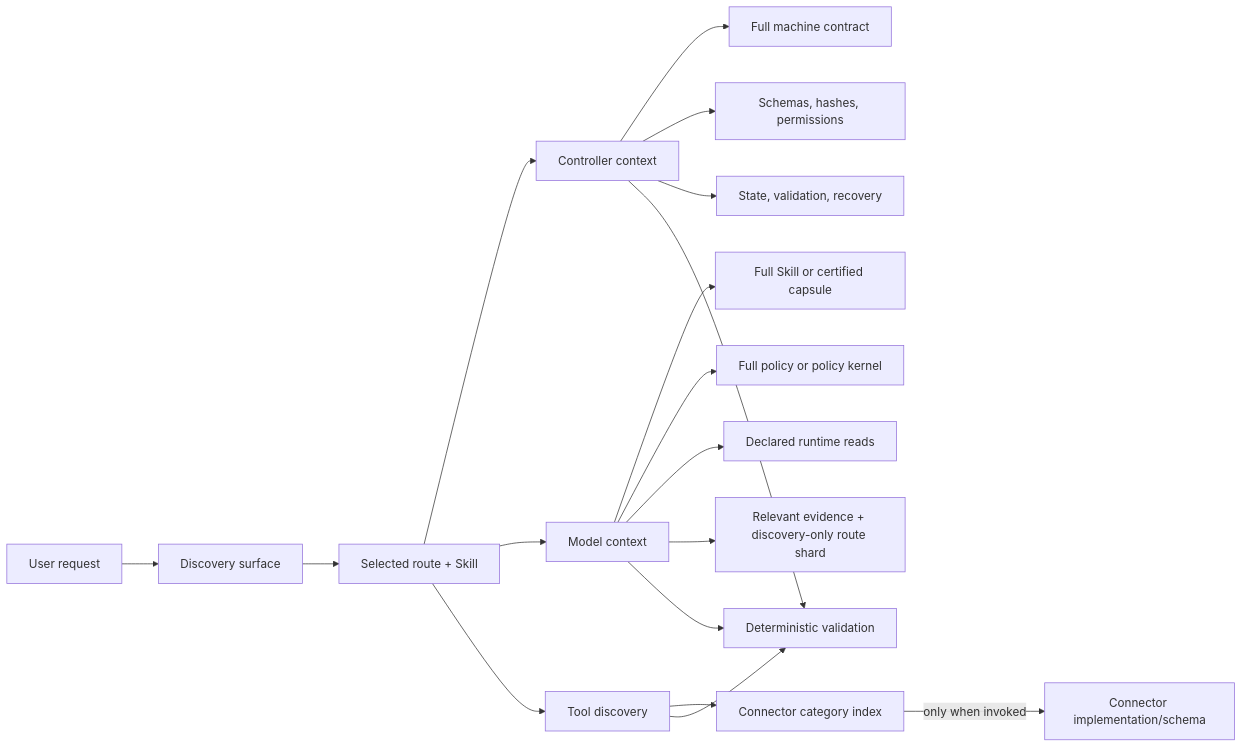
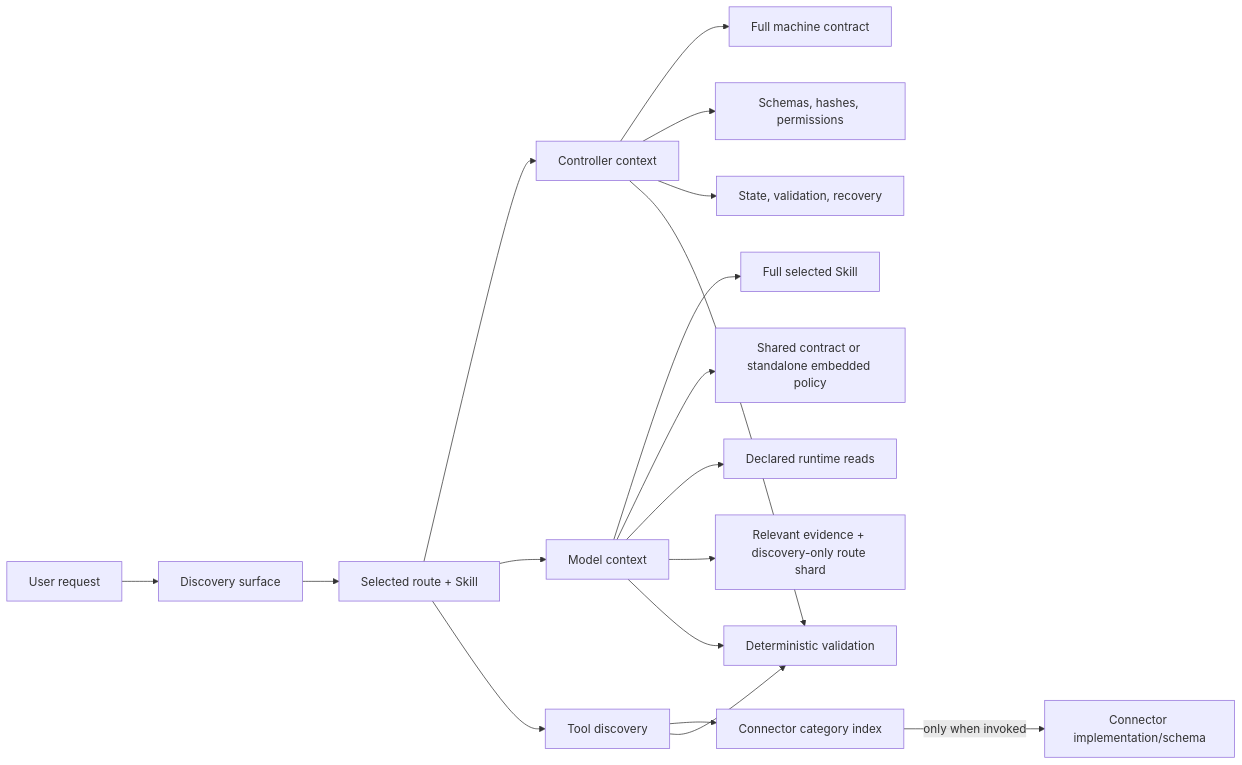
One commit to gabrielmoreira/agent-skills-mirror changed the diagram in mirrors/repos/aaron-he-zhu@aaron-marketing-skills/docs/context-engineering.md. Above: the diagram before and after it, drawn with Mermaid. The commit also changed other lines of this file and 6392 other files, not shown here.

````diff
--- a/mirrors/repos/aaron-he-zhu@aaron-marketing-skills/docs/context-engineering.md
+++ b/mirrors/repos/aaron-he-zhu@aaron-marketing-skills/docs/context-engineering.md
@@ -24,24 +24,24 @@
 ```mermaid
 flowchart LR
     U["User request"] --> D["Discovery surface"]
     D --> R["Selected route + Skill"]
     R --> C["Controller context"]
     R --> M["Model context"]
     R --> T["Tool discovery"]
 
     C --> C1["Full machine contract"]
     C --> C2["Schemas, hashes, permissions"]
     C --> C3["State, validation, recovery"]
 
-    M --> M1["Full Skill or certified capsule"]
-    M --> M2["Full policy or policy kernel"]
+    M --> M1["Full selected Skill"]
+    M --> M2["Shared contract or standalone embedded policy"]
     M --> M3["Declared runtime reads"]
     M --> M4["Relevant evidence + discovery-only route shard"]
 
     T --> T1["Connector category index"]
     T1 -->|"only when invoked"| T2["Connector implementation/schema"]
 
     C --> V["Deterministic validation"]
     M --> V
     T --> V
 ```
````
